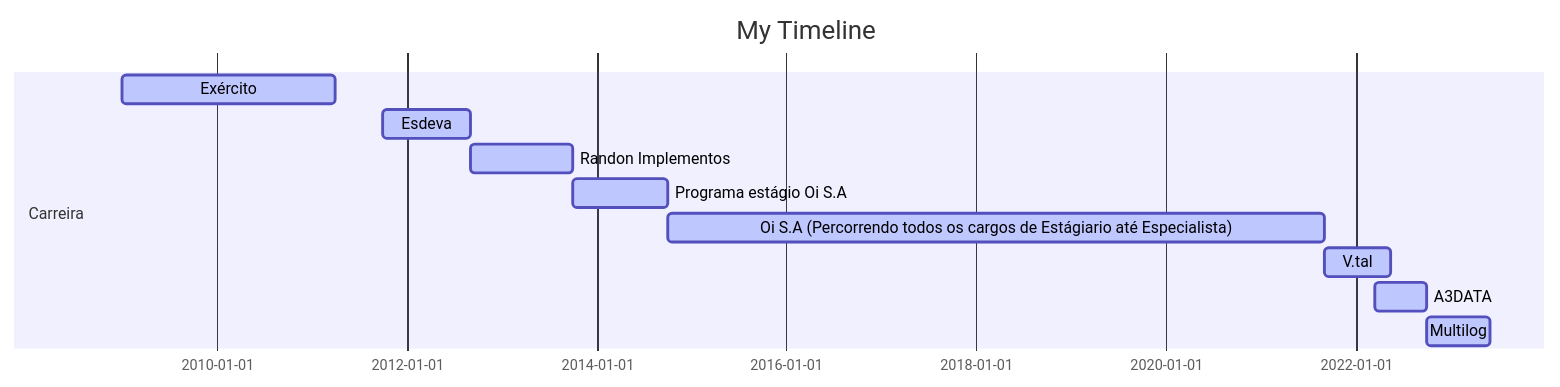
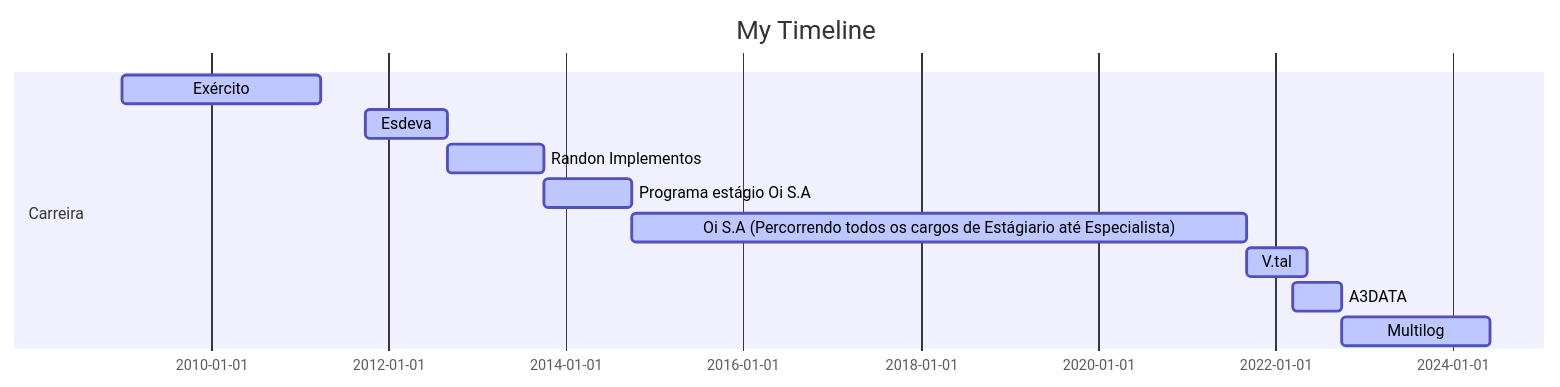
The diagram in README.md (Wellikiandre/Wellikiandre), drawn with Mermaid before and after one commit. The commit also changed other lines of this file, not shown here.

````diff
--- a/README.md
+++ b/README.md
@@ -3,17 +3,17 @@
 ```mermaid
 
 gantt
 dateFormat  YYYY-MM-DD
 title My Timeline
 
 section Carreira
 Exército            :active,, 2009-01-01,2011-04-01
 Esdeva            :active,, 2011-10-01,2012-09-01
 Randon Implementos            :active,, 2012-09-01,2013-10-01
 Programa estágio Oi S.A            :active,, 2013-10-01,2014-10-01
 Oi S.A (Percorrendo todos os cargos de Estágiario até Especialista)            :active,, 2014-10-01,2021-09-01
 V.tal           :active,, 2021-09-01,2022-05-13
 A3DATA          :active,, 2022-03-15,2022-10-01
-Multilog        :active,, 2022-10-01,2023-06-01
+Multilog        :active,, 2022-10-01,2024-06-01
 
 ```
````
